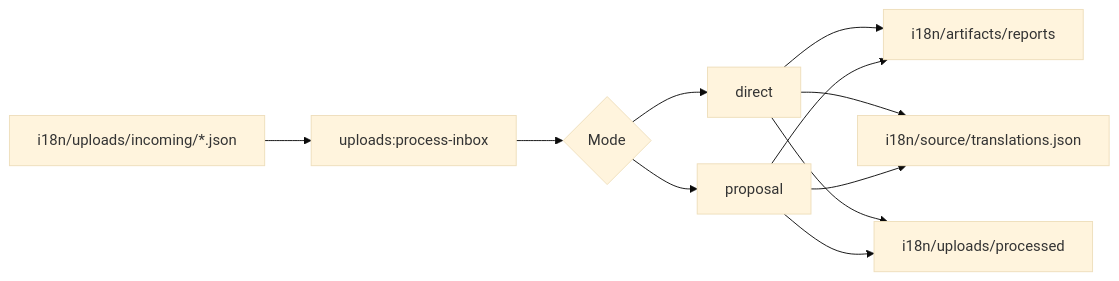
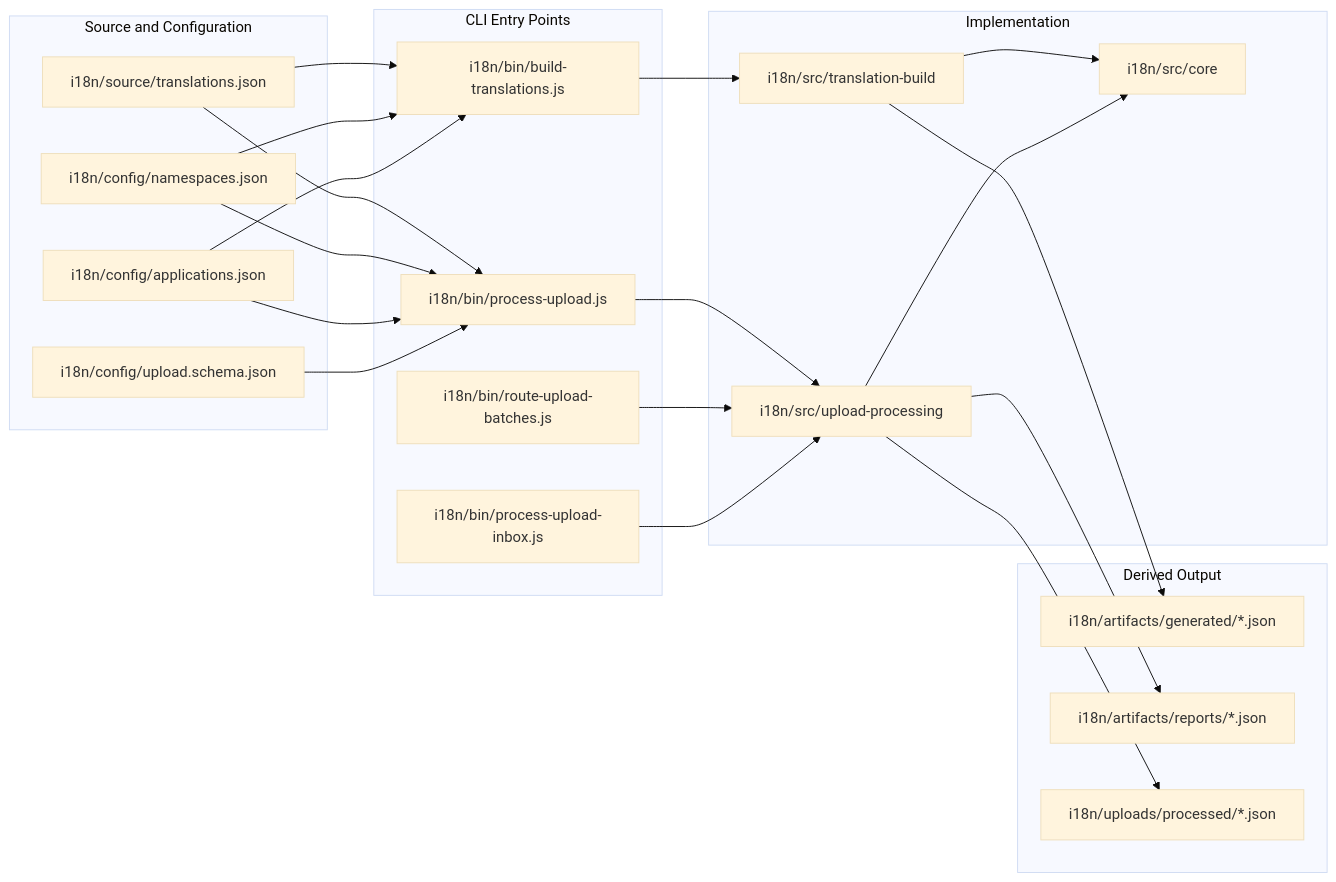
Before and after one commit to PRAxISDEVELOPMENT/mypraxis_translation_keys: the second of 3 diagrams in README.md, drawn with Mermaid (base theme). The commit also changed other lines of this file and 11 other files, not shown here.

````diff
--- a/README.md
+++ b/README.md
@@ -266,13 +86,47 @@
 ```mermaid
 flowchart LR
-    A[i18n/uploads/incoming/*.json] --> B[uploads:process-inbox]
-    B --> C{Mode}
-    C --> D[direct]
-    C --> E[proposal]
-    D --> F[i18n/artifacts/reports]
-    D --> G[i18n/source/translations.json]
-    D --> H[i18n/uploads/processed]
-    E --> F
-    E --> G
-    E --> H
+    subgraph Source[Source and Configuration]
+        A[i18n/source/translations.json]
+        B[i18n/config/namespaces.json]
+        C[i18n/config/applications.json]
+        D[i18n/config/upload.schema.json]
+    end
+
+    subgraph CLI[CLI Entry Points]
+        E[i18n/bin/build-translations.js]
+        F[i18n/bin/process-upload.js]
+        G[i18n/bin/process-upload-inbox.js]
+        H[i18n/bin/route-upload-batches.js]
+    end
+
+    subgraph Logic[Implementation]
+        I[i18n/src/translation-build]
+        J[i18n/src/upload-processing]
+        K[i18n/src/core]
+    end
+
+    subgraph Output[Derived Output]
+        L[i18n/artifacts/generated/*.json]
+        M[i18n/artifacts/reports/*.json]
+        N[i18n/uploads/processed/*.json]
+    end
+
+    A --> E
+    B --> E
+    C --> E
+    E --> I
+    I --> K
+    I --> L
+
+    A --> F
+    B --> F
+    C --> F
+    D --> F
+    F --> J
+    J --> K
+
+    H --> J
+    G --> J
+    J --> M
+    J --> N
 ```
````
